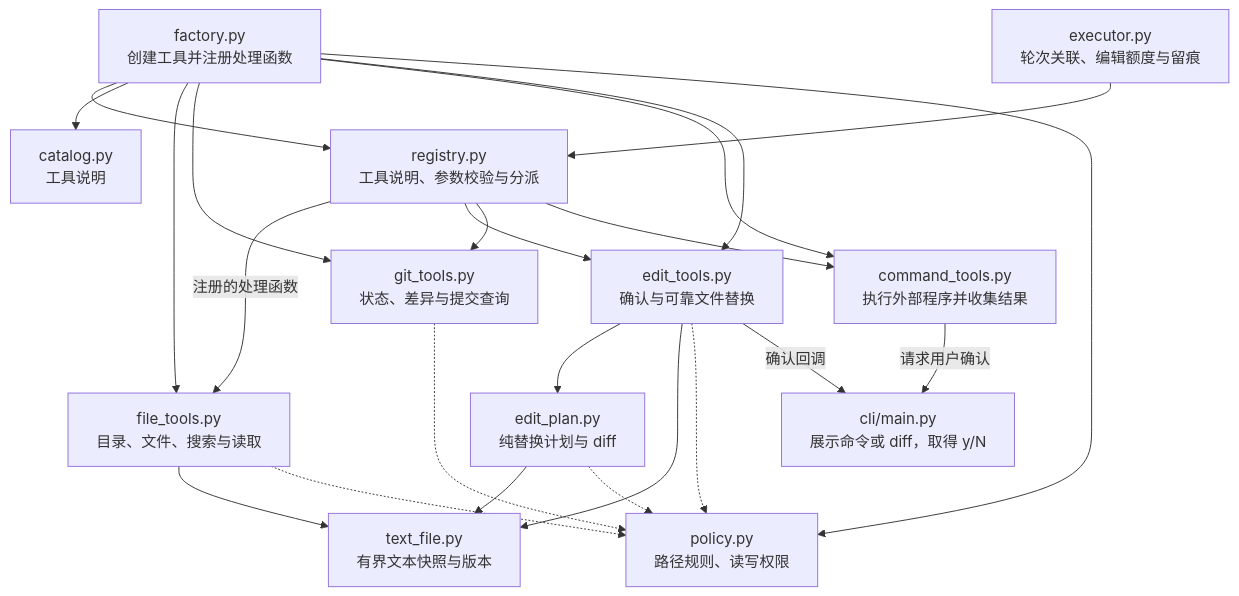
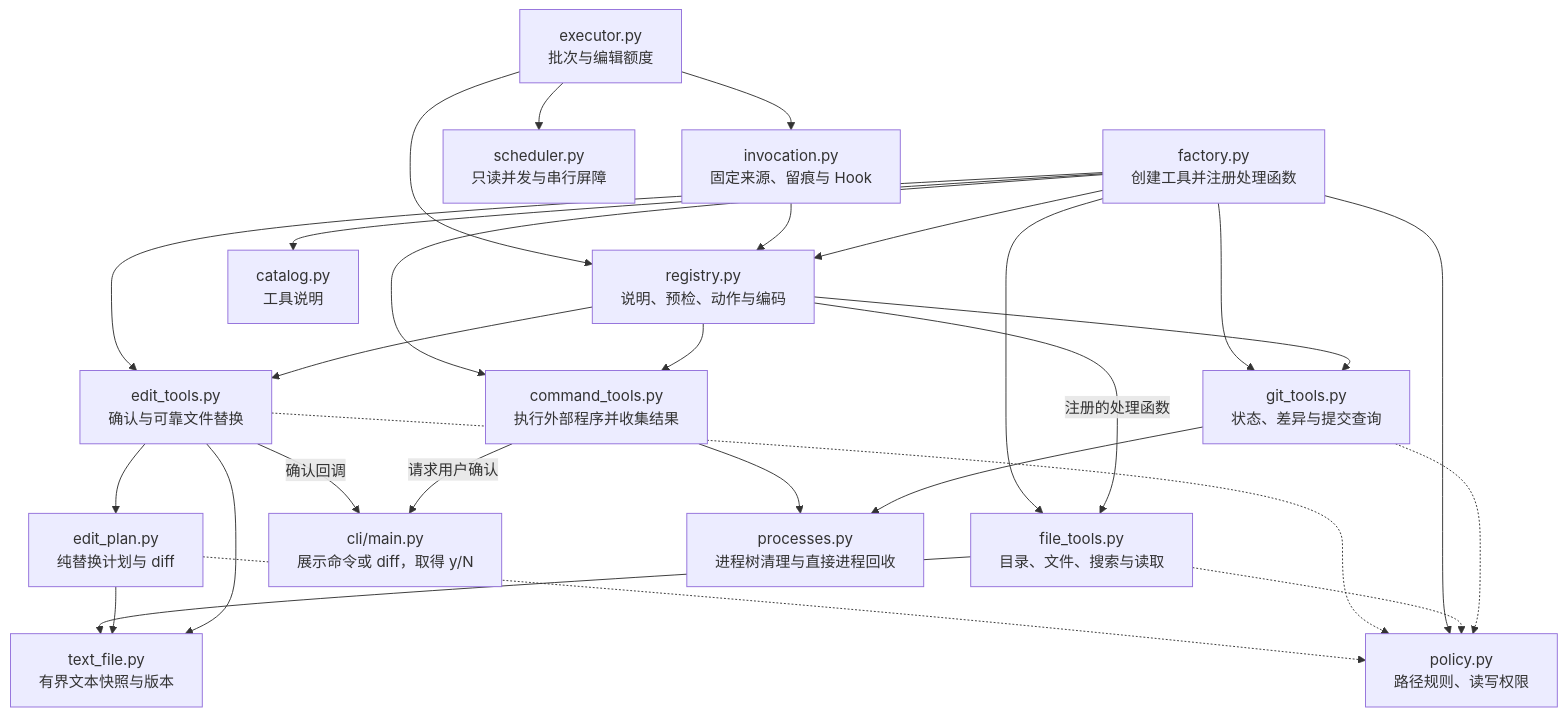
Diagram 18 of 19 in docs/architecture.md (Plvltra/AdamAgent), drawn with Mermaid before and after one commit. The commit also changed other lines of this file and 23 other files, not shown here.

````diff
--- a/docs/architecture.md
+++ b/docs/architecture.md
@@ -470,26 +485,31 @@
 ```mermaid
 flowchart TD
-    E["executor.py<br/>轮次关联、编辑额度与留痕"] --> R["registry.py<br/>工具说明、参数校验与分派"]
+    E["executor.py<br/>批次与编辑额度"] --> R["registry.py<br/>说明、预检、动作与编码"]
+    E --> I["invocation.py<br/>固定来源、留痕与 Hook"]
+    E --> SCHED["scheduler.py<br/>只读并发与串行屏障"]
+    I --> R
     FACTORY["factory.py<br/>创建工具并注册处理函数"] --> R
     FACTORY --> CATALOG["catalog.py<br/>工具说明"]
     FACTORY --> F
     FACTORY --> G
     FACTORY --> C
     FACTORY --> EDIT
     R -->|"注册的处理函数"| F["file_tools.py<br/>目录、文件、搜索与读取"]
     F --> SNAP["text_file.py<br/>有界文本快照与版本"]
     PLAN["edit_plan.py<br/>纯替换计划与 diff"] --> SNAP
     PLAN -.-> P
     R --> EDIT
     EDIT["edit_tools.py<br/>确认与可靠文件替换"] --> PLAN
     EDIT --> SNAP
     EDIT -.-> P
     EDIT -->|"确认回调"| UI
     R --> G["git_tools.py<br/>状态、差异与提交查询"]
     R --> C["command_tools.py<br/>执行外部程序并收集结果"]
     C -->|"请求用户确认"| UI["cli/main.py<br/>展示命令或 diff，取得 y/N"]
+    C --> PROCESS["processes.py<br/>进程树清理与直接进程回收"]
+    G --> PROCESS
 
     FACTORY --> P["policy.py<br/>路径规则、读写权限"]
     F -.-> P
     G -.-> P
 ```
````
